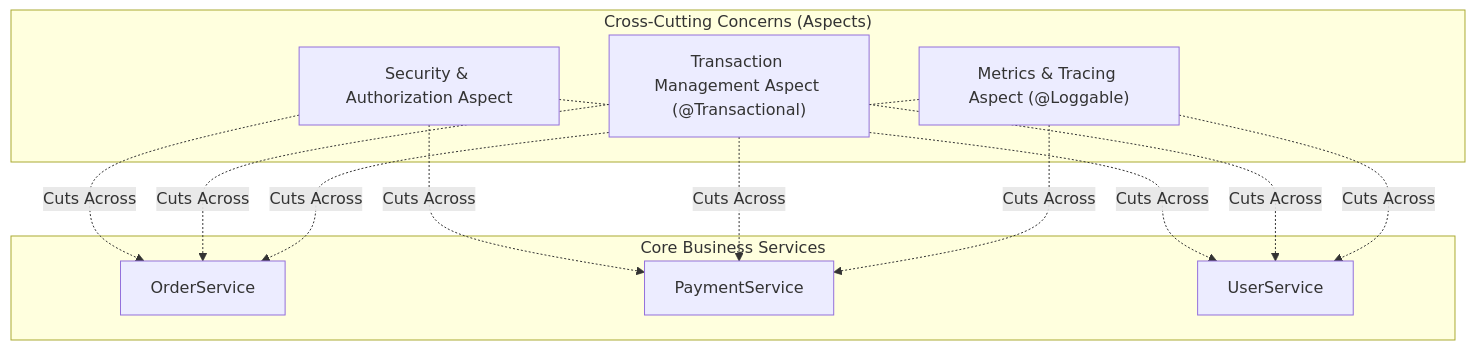
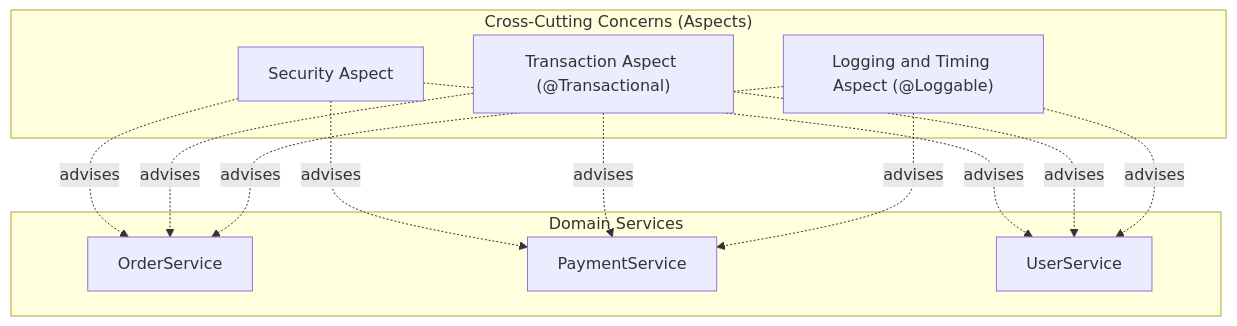
The first of 4 diagrams in content/roadmap/level-8/aspect-oriented-programming-aop.md (ravishankar2463/java_hub), drawn with Mermaid before and after one commit. The commit also changed other lines of this file and 119 other files, not shown here.

Commit message:
feat: add comprehensive java learning roadmap content across multiple levels

````diff
--- a/content/roadmap/level-8/aspect-oriented-programming-aop.md
+++ b/content/roadmap/level-8/aspect-oriented-programming-aop.md
@@ -37,18 +33,24 @@
 ```mermaid
 flowchart TD
-    subgraph "Cross-Cutting Concerns (Aspects)"
-        Sec["Security & Authorization Aspect"]
-        Tx["Transaction Management Aspect (@Transactional)"]
-        Log["Metrics & Tracing Aspect (@Loggable)"]
+    subgraph Aspects["Cross-Cutting Concerns (Aspects)"]
+        Sec["Security Aspect"]
+        Tx["Transaction Aspect (@Transactional)"]
+        Log["Logging and Timing Aspect (@Loggable)"]
     end
 
-    subgraph "Core Business Services"
+    subgraph Services["Domain Services"]
         OrderSvc["OrderService"]
         PaySvc["PaymentService"]
         UserSvc["UserService"]
     end
 
-    Sec -.->|Cuts Across| OrderSvc & PaySvc & UserSvc
-    Tx -.->|Cuts Across| OrderSvc & PaySvc & UserSvc
-    Log -.->|Cuts Across| OrderSvc & PaySvc & UserSvc
+    Sec -.->|"advises"| OrderSvc
+    Sec -.->|"advises"| PaySvc
+    Sec -.->|"advises"| UserSvc
+    Tx -.->|"advises"| OrderSvc
+    Tx -.->|"advises"| PaySvc
+    Tx -.->|"advises"| UserSvc
+    Log -.->|"advises"| OrderSvc
+    Log -.->|"advises"| PaySvc
+    Log -.->|"advises"| UserSvc
 ```
````
